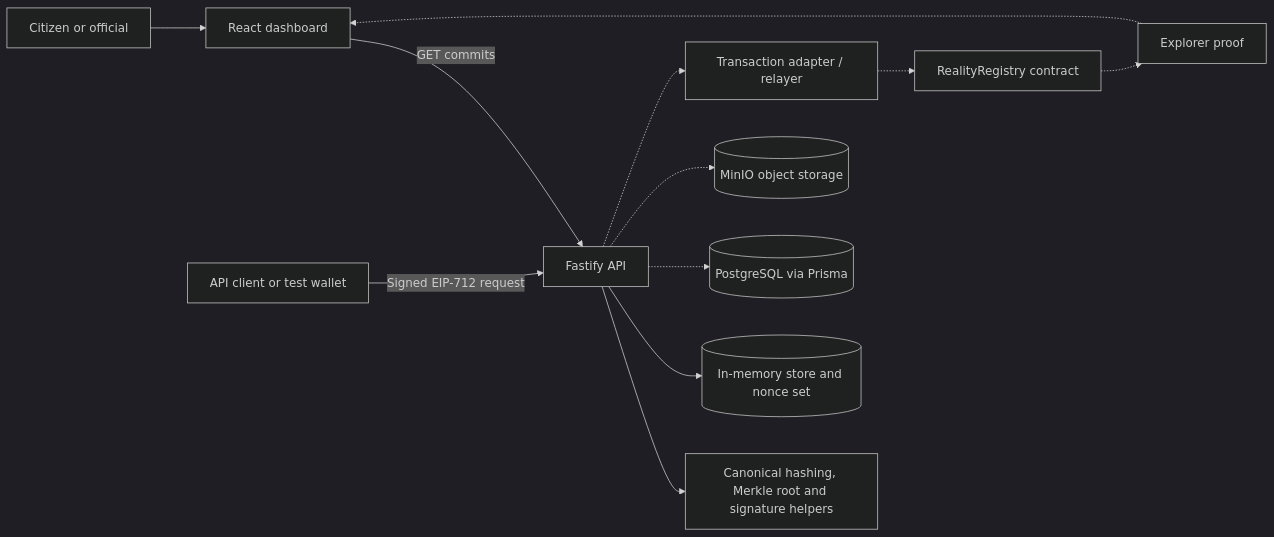
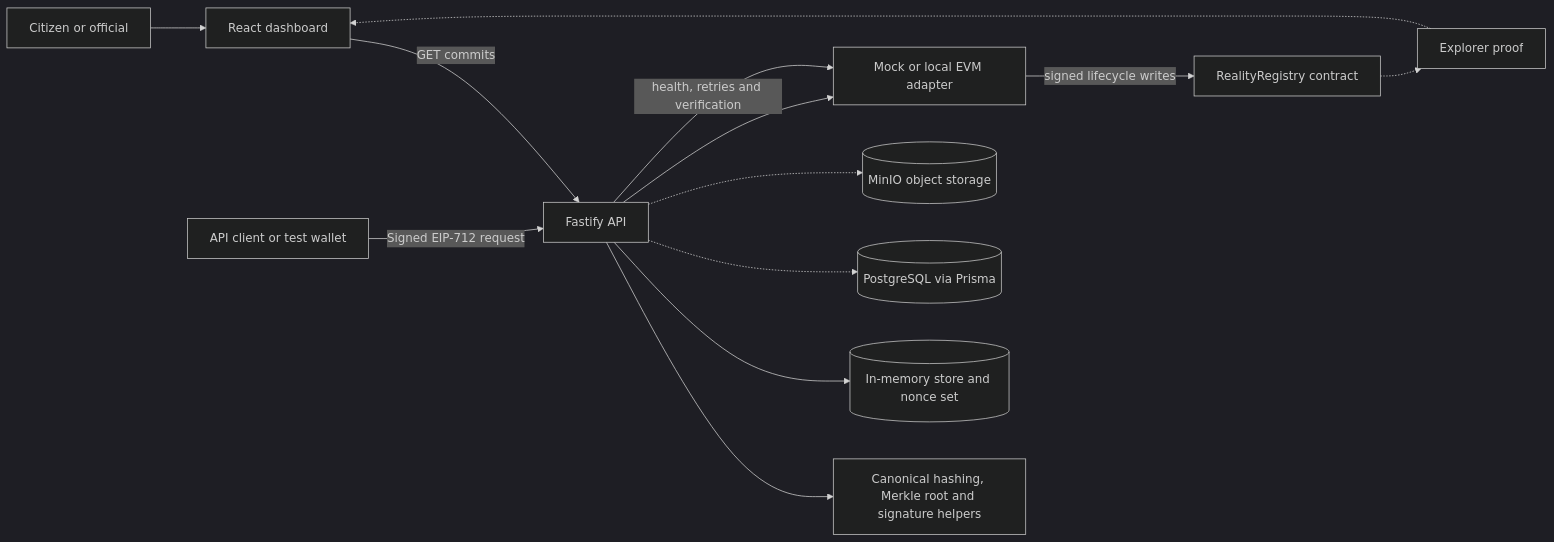
One commit to abhipraychatterjee11-spec/RealityFork changed the first of 2 diagrams in README.md. Above: the diagram before and after it, drawn with Mermaid (dark theme). The commit also changed other lines of this file and 40 other files, not shown here.

````diff
--- a/README.md
+++ b/README.md
@@ -97,14 +97,15 @@
 ```mermaid
 flowchart LR
   Citizen[Citizen or official] --> Web[React dashboard]
   Web -->|GET commits| API[Fastify API]
   Client[API client or test wallet] -->|Signed EIP-712 request| API
   API --> Shared[Canonical hashing, Merkle root and signature helpers]
   API --> Memory[(In-memory store and nonce set)]
   API -.-> Postgres[(PostgreSQL via Prisma)]
   API -.-> MinIO[(MinIO object storage)]
-  API -.-> Relayer[Transaction adapter / relayer]
-  Relayer -.-> Registry[RealityRegistry contract]
+  API --> Adapter[Mock or local EVM adapter]
+  Adapter -->|signed lifecycle writes| Registry[RealityRegistry contract]
+  API -->|health, retries and verification| Adapter
   Registry -.-> Explorer[Explorer proof]
   Explorer -.-> Web
 ```
````
